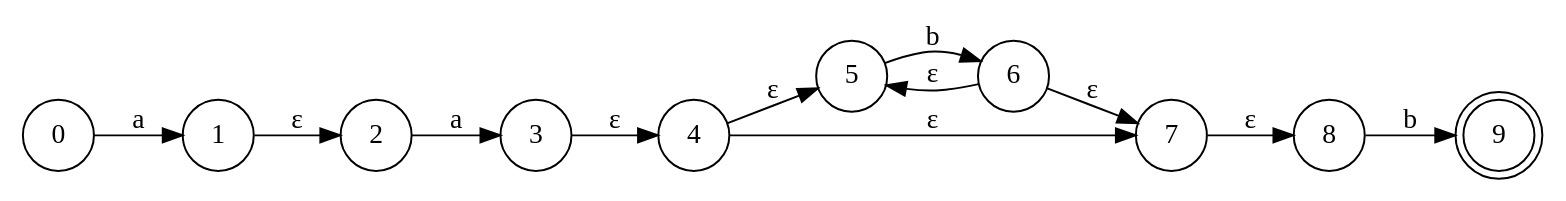
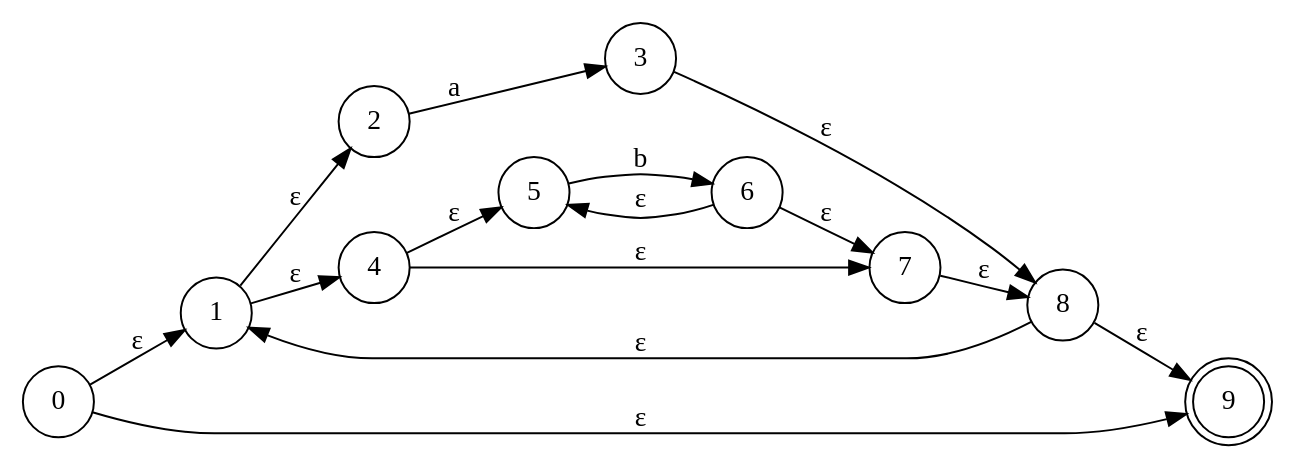
The diagram in Scheme_Interpreter/src/regextest.dot (desmetr/SchemeInterpreter), drawn with Graphviz before and after one commit. The commit also changed 3 other files, not shown here.

```diff
--- a/Scheme_Interpreter/src/regextest.dot
+++ b/Scheme_Interpreter/src/regextest.dot
@@ -1,35 +1,38 @@
 digraph eNFA {
 	rankdir=LR;
 
 	0 [shape=circle];
-	0 -> 1 [label="a"];
+	0 -> 1 [label="ε"];
+	0 -> 9 [label="ε"];
 
 	1 [shape=circle];
 	1 -> 2 [label="ε"];
+	1 -> 4 [label="ε"];
 
 	2 [shape=circle];
 	2 -> 3 [label="a"];
 
 	3 [shape=circle];
-	3 -> 4 [label="ε"];
+	3 -> 8 [label="ε"];
 
 	4 [shape=circle];
 	4 -> 5 [label="ε"];
 	4 -> 7 [label="ε"];
 
 	5 [shape=circle];
 	5 -> 6 [label="b"];
 
 	6 [shape=circle];
 	6 -> 5 [label="ε"];
 	6 -> 7 [label="ε"];
 
 	7 [shape=circle];
 	7 -> 8 [label="ε"];
 
 	8 [shape=circle];
-	8 -> 9 [label="b"];
+	8 -> 1 [label="ε"];
+	8 -> 9 [label="ε"];
 
 	9 [shape=doublecircle];
 
 }
```
